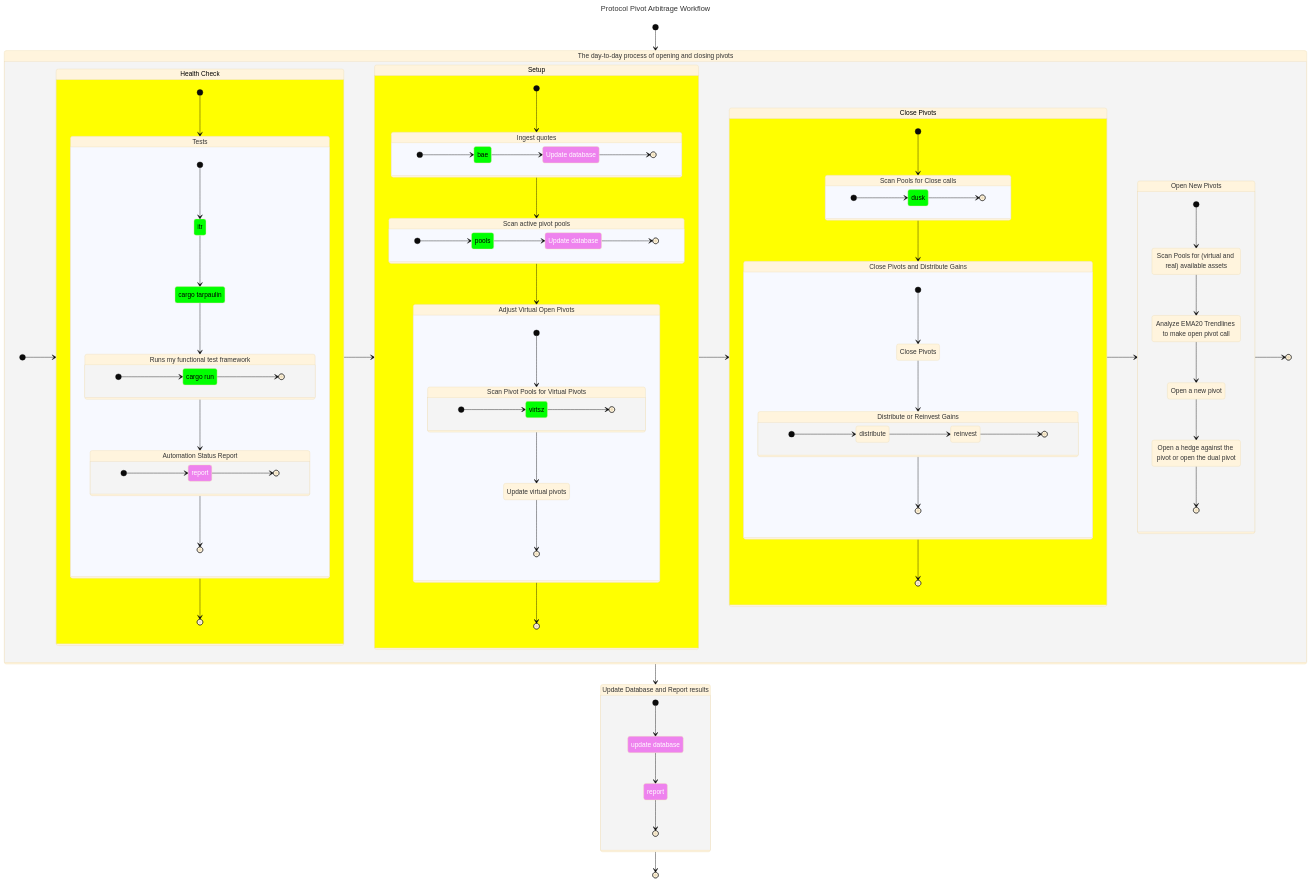
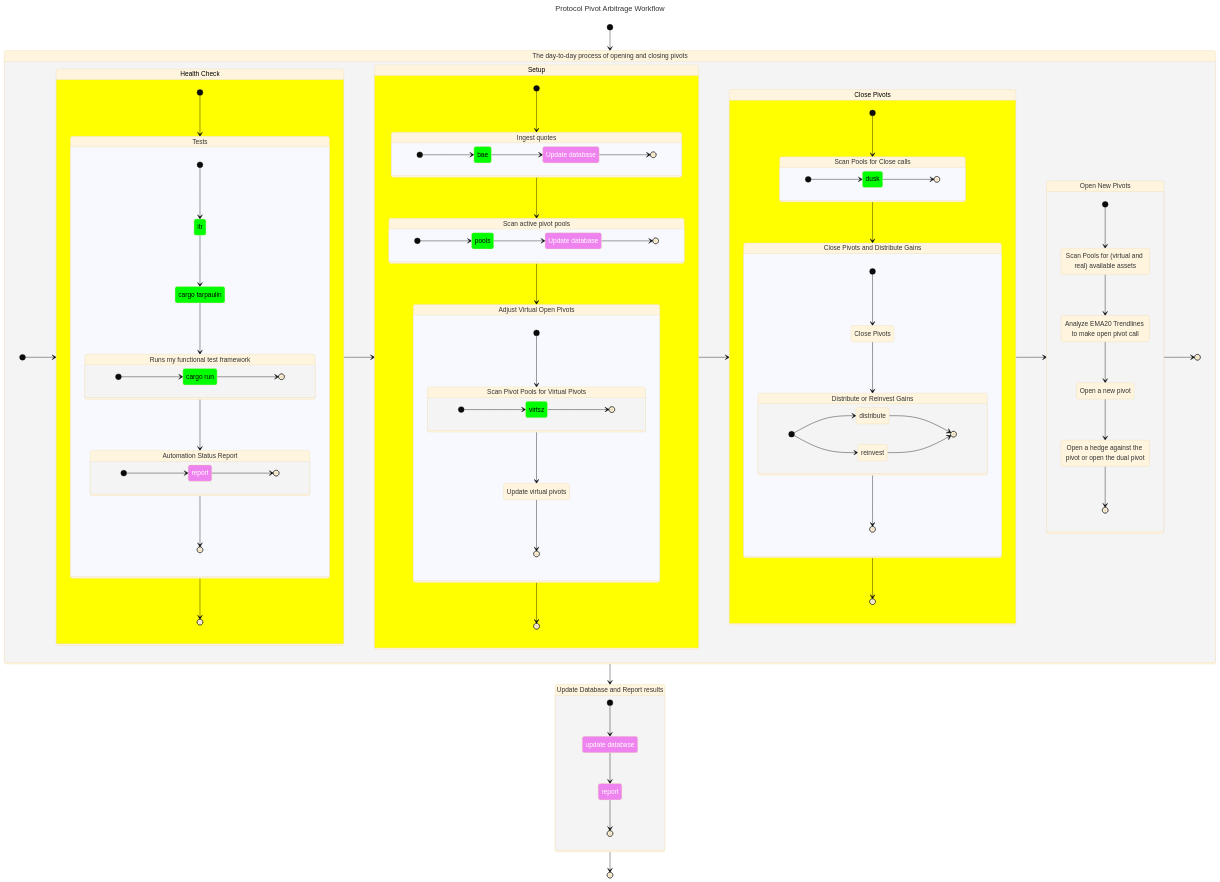
Before and after one commit to pivoteur/protocol: the diagram in dapps/README.md, drawn with Mermaid (base theme).

Commit message:
distribute OR reinvest gains

```diff
--- a/dapps/README.md
+++ b/dapps/README.md
@@ -163,7 +163,8 @@
             direction LR
 
             [*] --> distribute
-            distribute --> reinvest
+            distribute --> [*]
+            [*] --> reinvest
             reinvest --> [*]
          }
       }
```
